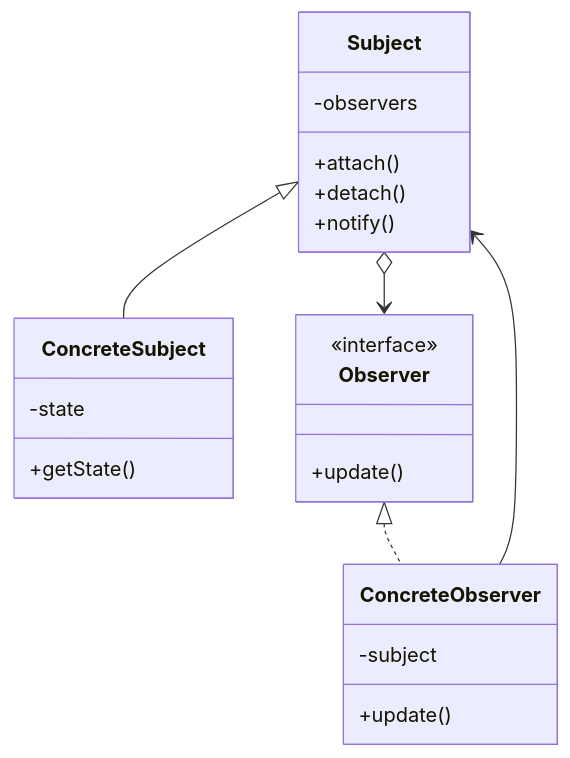
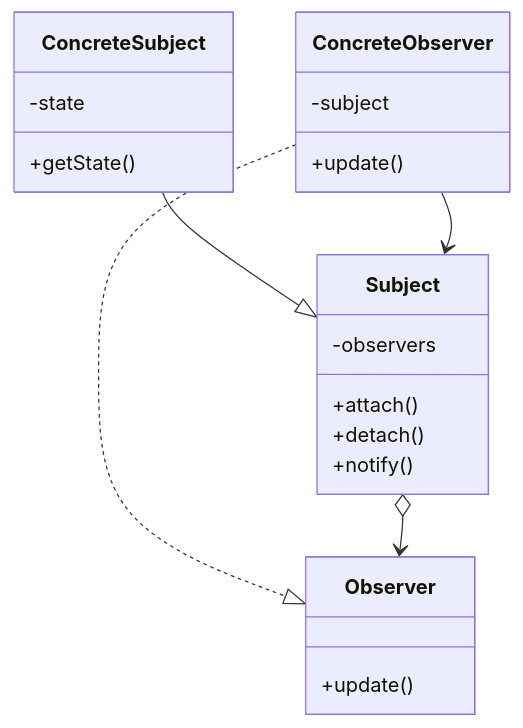
Before and after one commit to Veselyy/VUT-school: the fourth of 4 diagrams in IPP/otazky.md, drawn with Mermaid. The commit also changed other lines of this file and 1 other file, not shown here.

Commit message:
refactor: update UML diagrams and improve Mermaid script initialization in study materials

````diff
--- a/IPP/otazky.md
+++ b/IPP/otazky.md
@@ -134,25 +131,24 @@
 ```mermaid
 classDiagram
     class Subject {
         -observers
         +attach()
         +detach()
         +notify()
     }
     class ConcreteSubject {
         -state
         +getState()
     }
     class Observer {
-        <<interface>>
         +update()
     }
     class ConcreteObserver {
         -subject
         +update()
     }
-    Subject <|-- ConcreteSubject
-    Observer <|.. ConcreteObserver
+    ConcreteSubject --|> Subject
+    ConcreteObserver ..|> Observer
     Subject o--> Observer
     ConcreteObserver --> Subject
 ```
````
